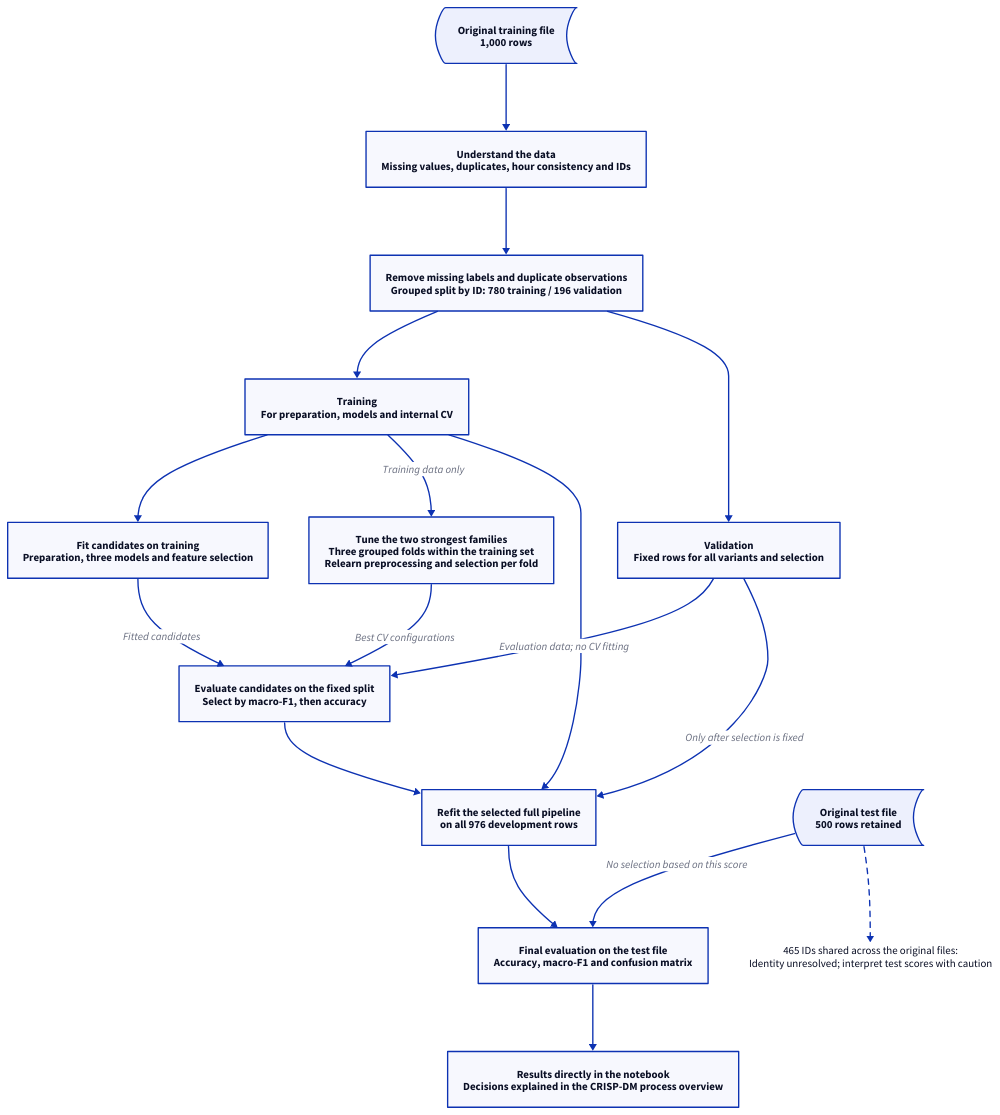
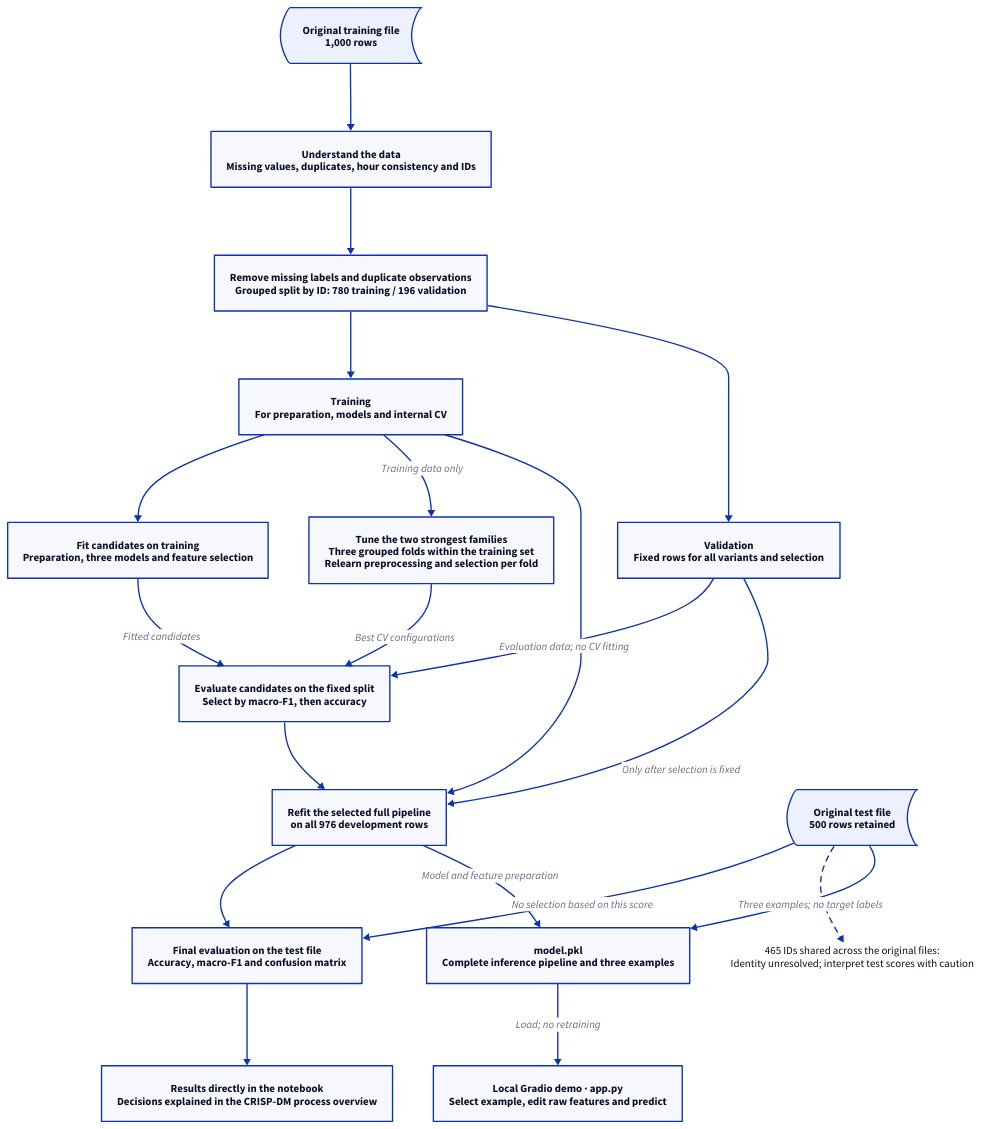
The diagram in docs/architecture.d2 (crnly/data-science-module-s4), drawn with D2 before and after one commit. The commit also changed 11 other files, not shown here.

Commit message:
Add Gradio prediction demo and reproducible uv environment

```diff
--- a/docs/architecture.d2
+++ b/docs/architecture.d2
@@ -1,32 +1,37 @@
 vars: {d2-config: {layout-engine: dagre; theme-id: 0}}
 direction: down
 raw: "Original training file\n1,000 rows" {shape: stored_data}
 audit: "Understand the data\nMissing values, duplicates, hour consistency and IDs"
 prepare: "Remove missing labels and duplicate observations\nGrouped split by ID: 780 training / 196 validation"
 train: "Training\nFor preparation, models and internal CV"
 validation: "Validation\nFixed rows for all variants and selection"
 experiments: "Fit candidates on training\nPreparation, three models and feature selection"
 tuning: "Tune the two strongest families\nThree grouped folds within the training set\nRelearn preprocessing and selection per fold"
 choose: "Evaluate candidates on the fixed split\nSelect by macro-F1, then accuracy"
 refit: "Refit the selected full pipeline\non all 976 development rows"
 test: "Original test file\n500 rows retained" {shape: stored_data}
 evaluation: "Final evaluation on the test file\nAccuracy, macro-F1 and confusion matrix"
 output: "Results directly in the notebook\nDecisions explained in the CRISP-DM process overview"
 raw -> audit -> prepare
 prepare -> train
 prepare -> validation
 train -> experiments
 train -> tuning: "Training data only"
 experiments -> choose: "Fitted candidates"
 tuning -> choose: "Best CV configurations"
 validation -> choose: "Evaluation data; no CV fitting"
 choose -> refit
 train -> refit
 validation -> refit: "Only after selection is fixed"
 refit -> evaluation
 test -> evaluation: "No selection based on this score"
 evaluation -> output
 note: "465 IDs shared across the original files:\nIdentity unresolved; interpret test scores with caution" {
   shape: text
 }
 test -> note {style.stroke-dash: 4}
+artifact: "model.pkl\nComplete inference pipeline and three examples"
+app: "Local Gradio demo · app.py\nSelect example, edit raw features and predict"
+refit -> artifact: "Model and feature preparation"
+test -> artifact: "Three examples; no target labels"
+artifact -> app: "Load; no retraining"
```
